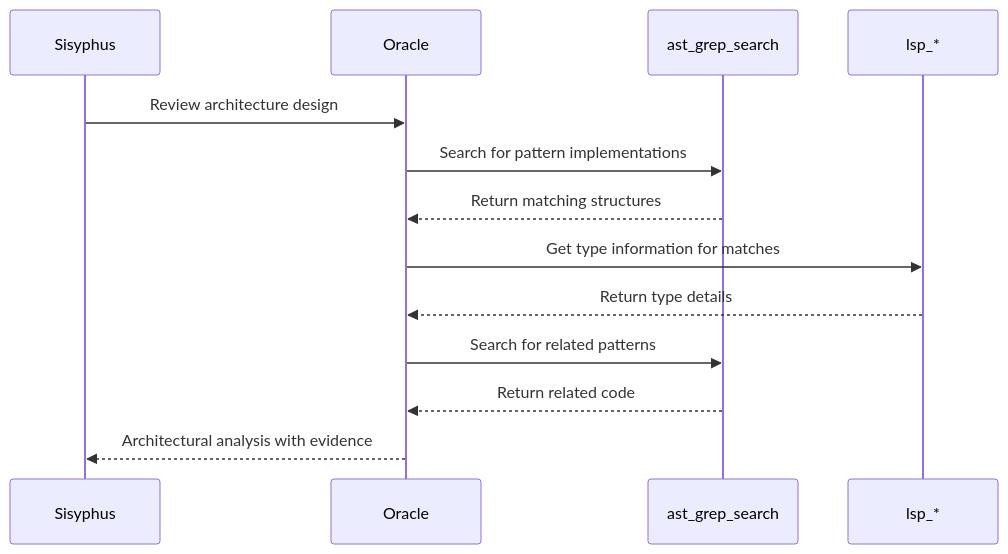
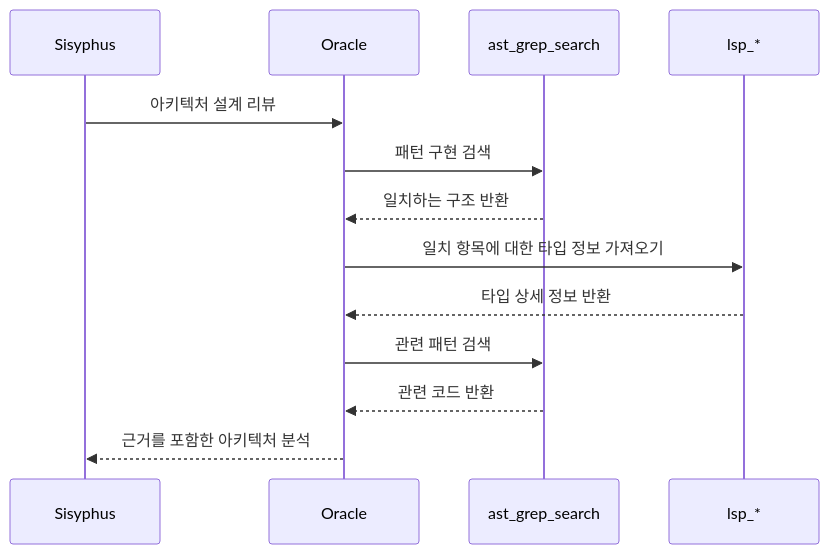
The fourth of 6 diagrams in docs/tools/ast-grep-tools.md (felipetruman/oh-my-opencode-docs), drawn with Mermaid before and after one commit. The commit also changed other lines of this file and 76 other files, not shown here.

````diff
--- a/docs/tools/ast-grep-tools.md
+++ b/docs/tools/ast-grep-tools.md
@@ -369,16 +369,16 @@
 ```mermaid
 sequenceDiagram
   participant p1 as Sisyphus
   participant p2 as Oracle
   participant p3 as ast_grep_search
   participant p4 as lsp_*
 
-  p1->>p2: Review architecture design
-  p2->>p3: Search for pattern implementations
-  p3-->>p2: Return matching structures
-  p2->>p4: Get type information for matches
-  p4-->>p2: Return type details
-  p2->>p3: Search for related patterns
-  p3-->>p2: Return related code
-  p2-->>p1: Architectural analysis with evidence
+  p1->>p2: 아키텍처 설계 리뷰
+  p2->>p3: 패턴 구현 검색
+  p3-->>p2: 일치하는 구조 반환
+  p2->>p4: 일치 항목에 대한 타입 정보 가져오기
+  p4-->>p2: 타입 상세 정보 반환
+  p2->>p3: 관련 패턴 검색
+  p3-->>p2: 관련 코드 반환
+  p2-->>p1: 근거를 포함한 아키텍처 분석
 ```
````
